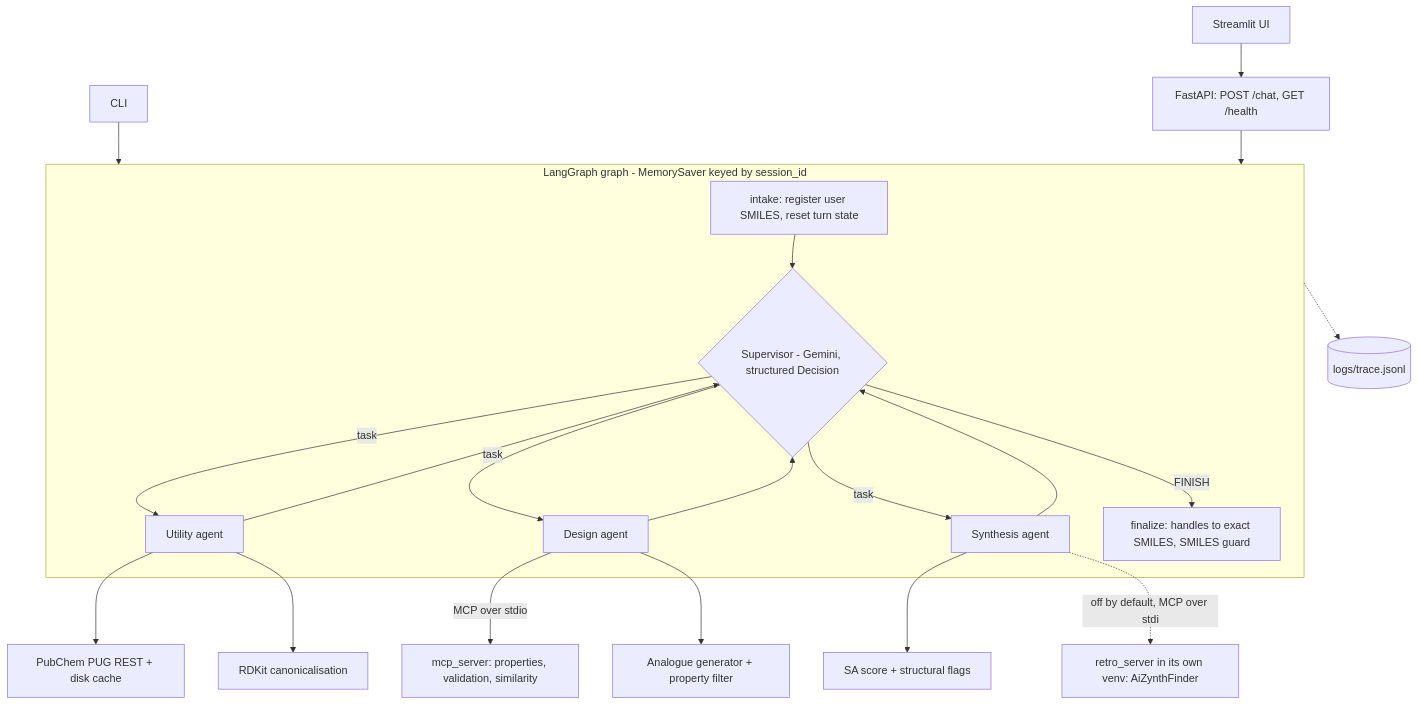
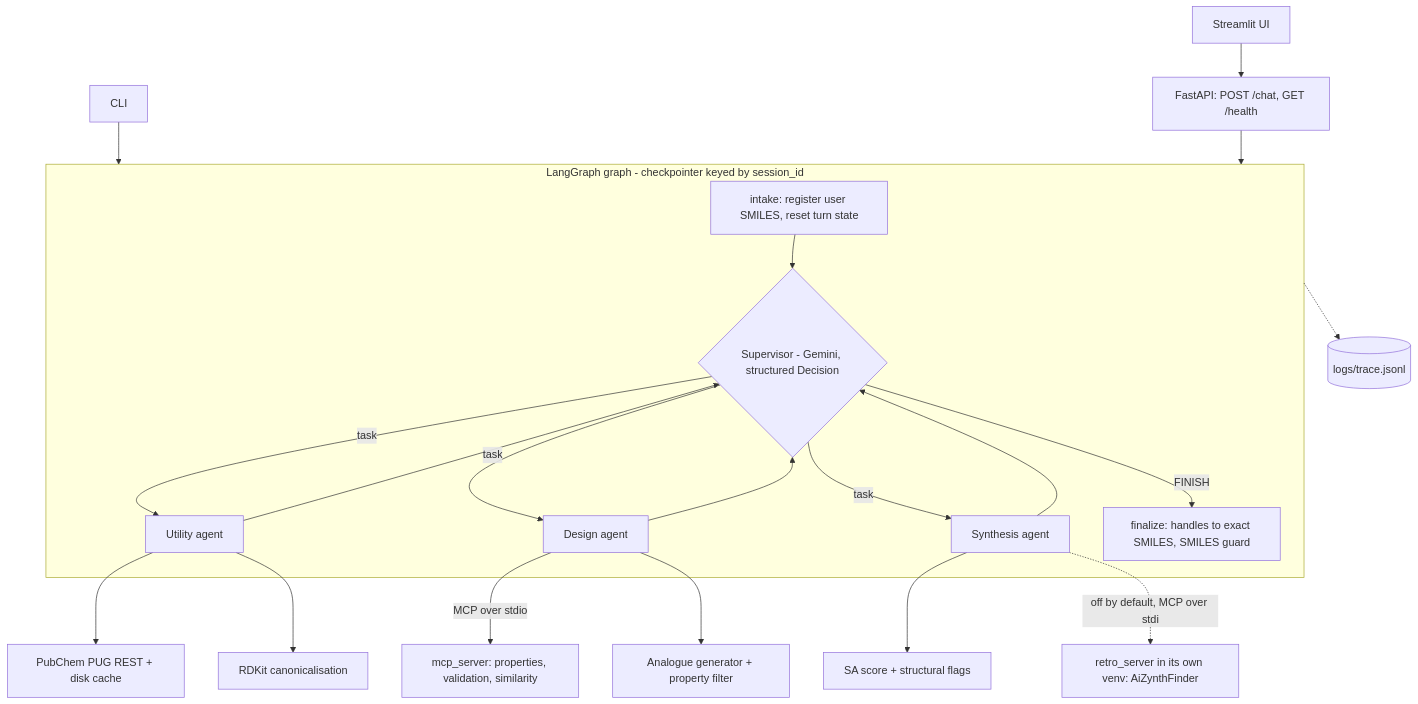
Before and after one commit to Islambek201632838/minichem-agent: the diagram in README.md, drawn with Mermaid. The commit also changed other lines of this file and 10 other files, not shown here.

````diff
--- a/README.md
+++ b/README.md
@@ -30,27 +33,27 @@
 ```mermaid
 flowchart TD
     UI[Streamlit UI] --> API[FastAPI: POST /chat, GET /health]
     CLI[CLI] --> G
     API --> G
 
-    subgraph G[LangGraph graph - MemorySaver keyed by session_id]
+    subgraph G[LangGraph graph - checkpointer keyed by session_id]
         I[intake: register user SMILES, reset turn state] --> S
         S{Supervisor - Gemini, structured Decision}
         S -->|task| U[Utility agent]
         S -->|task| D[Design agent]
         S -->|task| Y[Synthesis agent]
         U --> S
         D --> S
         Y --> S
         S -->|FINISH| F[finalize: handles to exact SMILES, SMILES guard]
     end
 
     U --> PC[PubChem PUG REST + disk cache]
     U --> RK[RDKit canonicalisation]
     D -->|MCP over stdio| M[mcp_server: properties, validation, similarity]
     D --> A[Analogue generator + property filter]
     Y --> SA[SA score + structural flags]
     Y -.off by default, MCP over stdio.-> R[retro_server in its own venv: AiZynthFinder]
 
     G -.-> T[(logs/trace.jsonl)]
 ```
````
